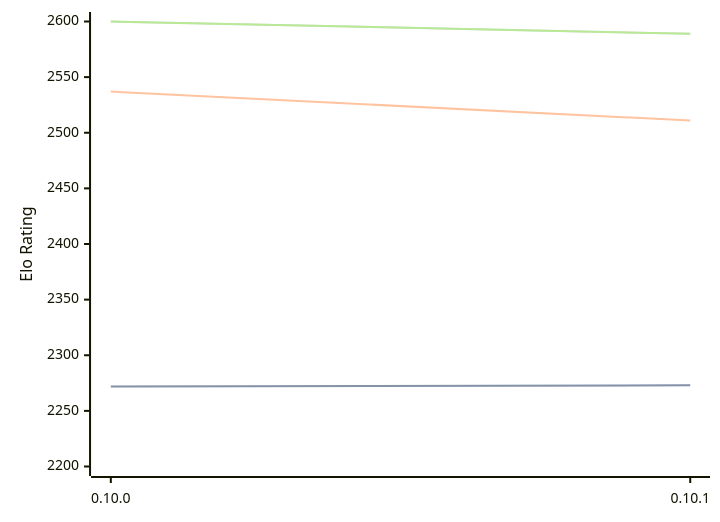
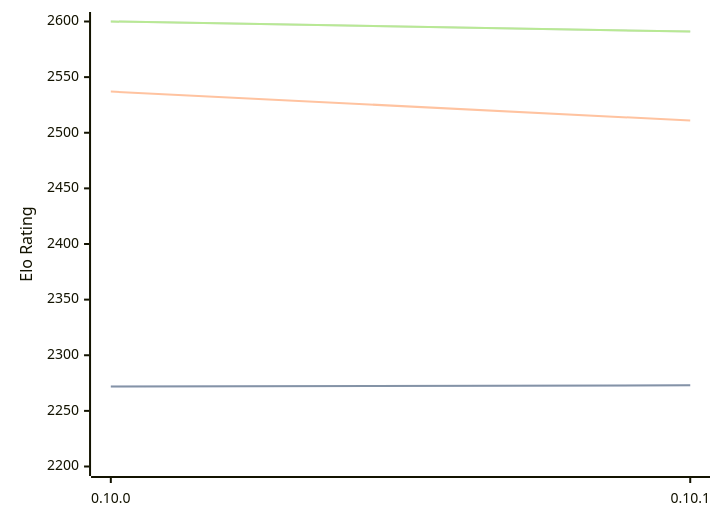
The diagram in engines/Fatalii.md (computer-chess-index/cci), drawn with Mermaid before and after one commit. The commit also changed other lines of this file, not shown here.

Commit message:
Update CCI Ratings (ELO VLTC) - 2026-08-23

````diff
--- a/engines/Fatalii.md
+++ b/engines/Fatalii.md
@@ -32,11 +32,11 @@
 ```mermaid
 %%{init: {"theme":"base","themeVariables":{"seriesColors:['#a3a3a3','#222221','#faa371']}}}%%
 xychart-beta
   x-axis ["0.10.0", "0.10.1"]
   y-axis "Elo Rating" 2200 --> 2600
   line "STC (8.0+0.08s)" [2272, 2273]
   line "STC (8.0+0.08s)" [2272, 2273]
   line "LTC (60.0+0.60s)" [2537, 2511]
-  line "VLTC (2m24s+1.12s)" [2600, 2589]
-  line "VLTC (2m24s+1.12s)" [2600, 2589]
+  line "VLTC (2m24s+1.12s)" [2600, 2591]
+  line "VLTC (2m24s+1.12s)" [2600, 2591]
 ```
````
